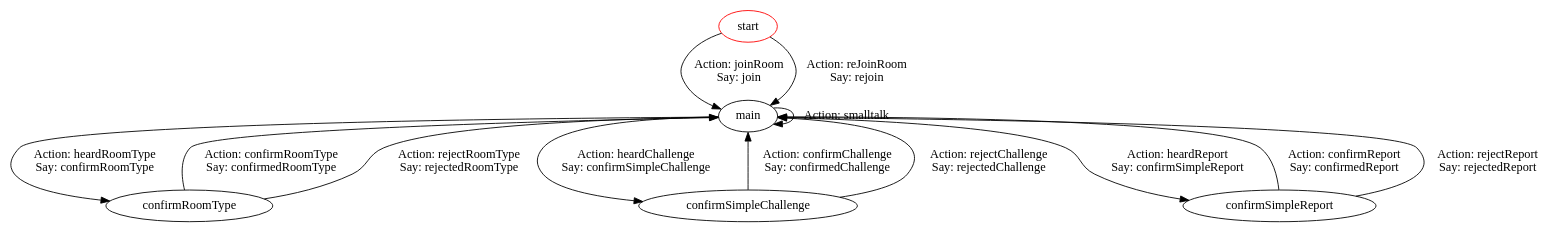
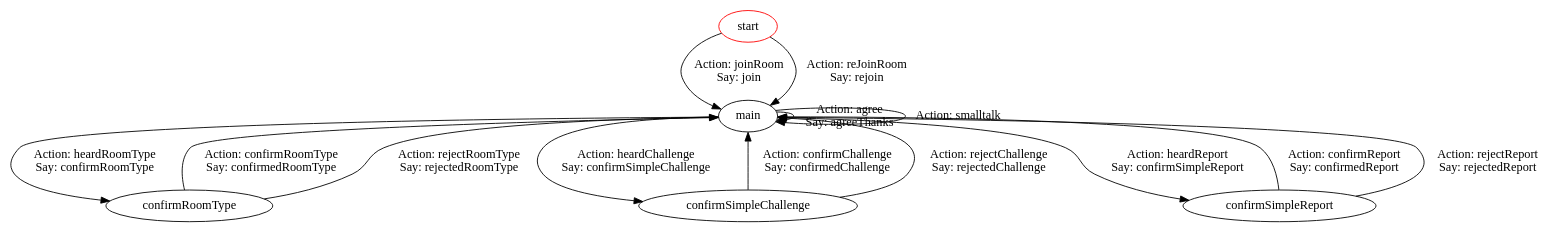
Before and after one commit to Polite-AI/personality-server: the diagram in dialog/dialogstates.dot, drawn with Graphviz. The commit also changed 35 other files, not shown here.

```diff
--- a/dialog/dialogstates.dot
+++ b/dialog/dialogstates.dot
@@ -1,20 +1,21 @@
 digraph "Polite.AI bot room dialogue states" {
   "start" [color=red];
   "main";
   "confirmRoomType";
   "confirmSimpleChallenge";
   "confirmSimpleReport";
   "start" -> "main" [ label="Action: joinRoom\nSay: join"]
   "start" -> "main" [ label="Action: reJoinRoom\nSay: rejoin"]
   "main" -> "confirmRoomType" [ label="Action: heardRoomType\nSay: confirmRoomType"]
   "main" -> "confirmSimpleChallenge" [ label="Action: heardChallenge\nSay: confirmSimpleChallenge"]
   "main" -> "confirmSimpleReport" [ label="Action: heardReport\nSay: confirmSimpleReport"]
+  "main" -> "main" [ label="Action: agree\nSay: agreeThanks"]
   "main" -> "main" [ label="Action: smalltalk"]
   "confirmRoomType" -> "main" [ label="Action: confirmRoomType\nSay: confirmedRoomType"]
   "confirmRoomType" -> "main" [ label="Action: rejectRoomType\nSay: rejectedRoomType"]
   "confirmSimpleChallenge" -> "main" [ label="Action: confirmChallenge\nSay: confirmedChallenge"]
   "confirmSimpleChallenge" -> "main" [ label="Action: rejectChallenge\nSay: rejectedChallenge"]
   "confirmSimpleReport" -> "main" [ label="Action: confirmReport\nSay: confirmedReport"]
   "confirmSimpleReport" -> "main" [ label="Action: rejectReport\nSay: rejectedReport"]
 
 }
```
